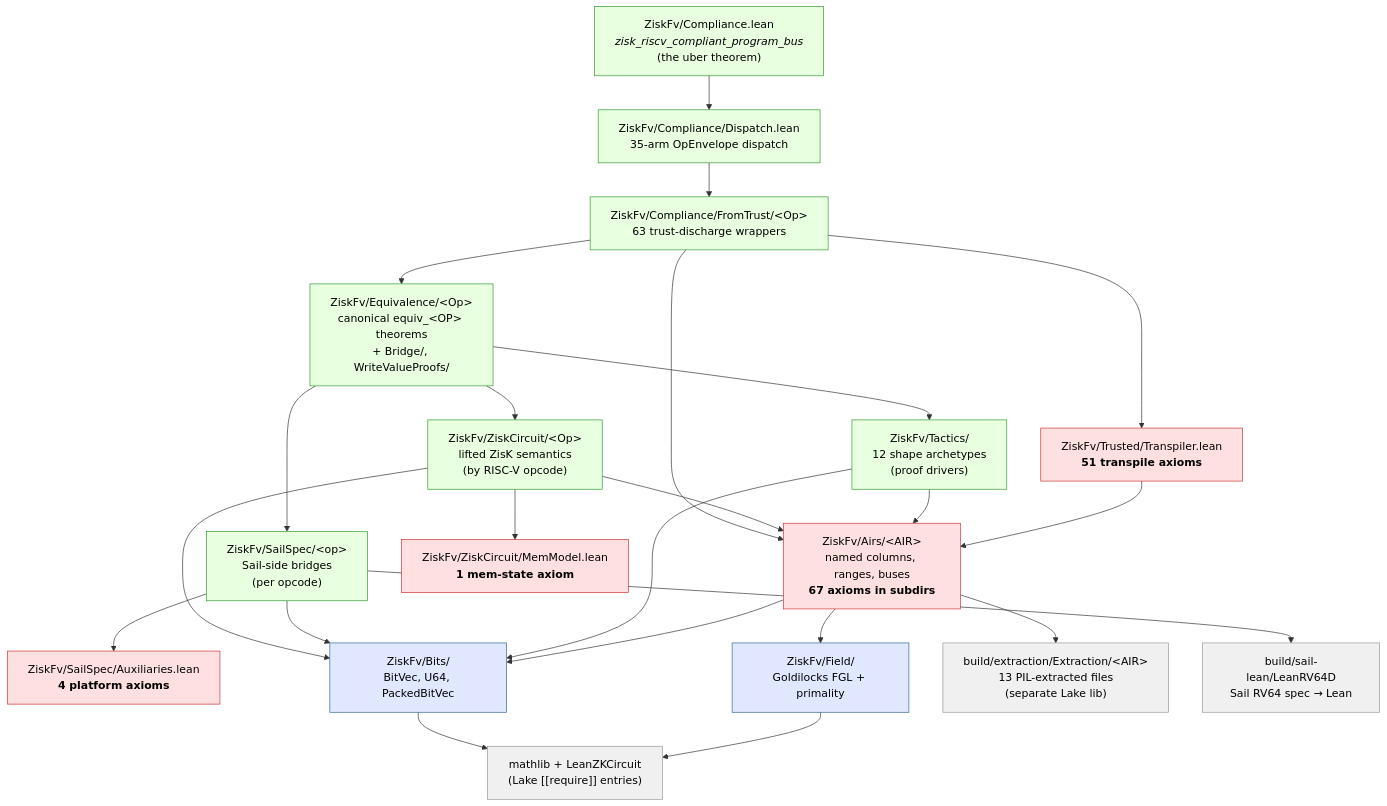
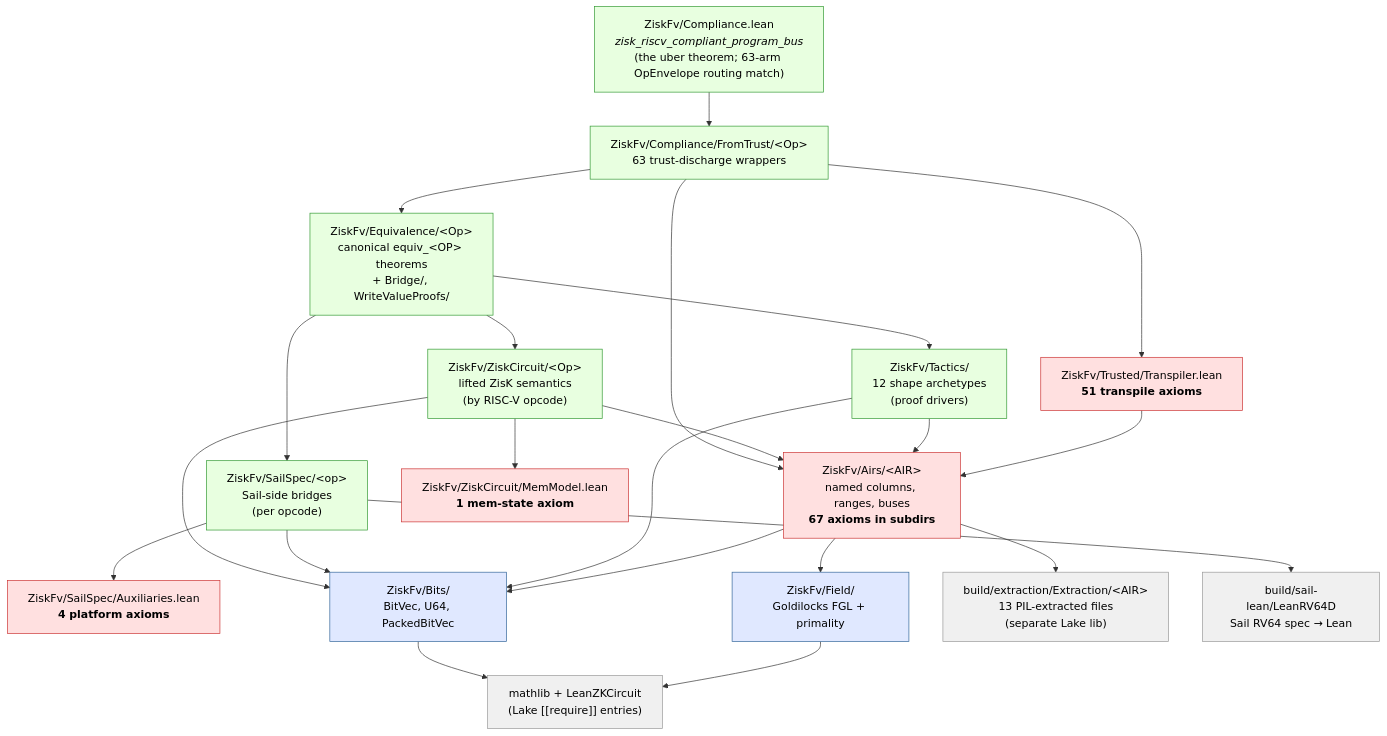
Before and after one commit to eth-act/zisk-fv: the diagram in README.md, drawn with Mermaid. The commit also changed other lines of this file and 5 other files, not shown here.

First line of the commit message:
refactor(Compliance): collapse dispatch_X pass-through layer (#33)

````diff
--- a/README.md
+++ b/README.md
@@ -141,51 +137,49 @@
 ```mermaid
 graph TD
-  Compliance["ZiskFv/Compliance.lean<br/><i>zisk_riscv_compliant_program_bus</i><br/>(the uber theorem)"]
-  Dispatch["ZiskFv/Compliance/Dispatch.lean<br/>35-arm OpEnvelope dispatch"]
+  Compliance["ZiskFv/Compliance.lean<br/><i>zisk_riscv_compliant_program_bus</i><br/>(the uber theorem; 63-arm OpEnvelope routing match)"]
   FromTrust["ZiskFv/Compliance/FromTrust/&lt;Op&gt;<br/>63 trust-discharge wrappers"]
   Equiv["ZiskFv/Equivalence/&lt;Op&gt;<br/>canonical equiv_&lt;OP&gt; theorems<br/>+ Bridge/, WriteValueProofs/"]
   ZiskCircuit["ZiskFv/ZiskCircuit/&lt;Op&gt;<br/>lifted ZisK semantics<br/>(by RISC-V opcode)"]
   SailSpec["ZiskFv/SailSpec/&lt;op&gt;<br/>Sail-side bridges<br/>(per opcode)"]
   Tactics["ZiskFv/Tactics/<br/>12 shape archetypes<br/>(proof drivers)"]
   Airs["ZiskFv/Airs/&lt;AIR&gt;<br/>named columns, ranges, buses<br/><b>67 axioms in subdirs</b>"]
   Trusted["ZiskFv/Trusted/Transpiler.lean<br/><b>51 transpile axioms</b>"]
   MemModel["ZiskFv/ZiskCircuit/MemModel.lean<br/><b>1 mem-state axiom</b>"]
   Auxiliaries["ZiskFv/SailSpec/Auxiliaries.lean<br/><b>4 platform axioms</b>"]
   Bits["ZiskFv/Bits/<br/>BitVec, U64, PackedBitVec"]
   Field["ZiskFv/Field/<br/>Goldilocks FGL + primality"]
   Extraction["build/extraction/Extraction/&lt;AIR&gt;<br/>13 PIL-extracted files<br/>(separate Lake lib)"]
   SailLean["build/sail-lean/LeanRV64D<br/>Sail RV64 spec → Lean"]
   Mathlib["mathlib + LeanZKCircuit<br/>(Lake [[require]] entries)"]
 
-  Compliance --> Dispatch
-  Dispatch --> FromTrust
+  Compliance --> FromTrust
   FromTrust --> Equiv
   FromTrust --> Trusted
   FromTrust --> Airs
   Equiv --> Tactics
   Equiv --> ZiskCircuit
   Equiv --> SailSpec
   ZiskCircuit --> Airs
   ZiskCircuit --> MemModel
   ZiskCircuit --> Bits
   SailSpec --> SailLean
   SailSpec --> Auxiliaries
   SailSpec --> Bits
   Tactics --> Airs
   Tactics --> Bits
   Airs --> Extraction
   Airs --> Field
   Airs --> Bits
   Trusted --> Airs
   Bits --> Mathlib
   Field --> Mathlib
 
   classDef trust fill:#ffe0e0,stroke:#c33,color:#000
   classDef build fill:#e0e8ff,stroke:#369,color:#000
   classDef proof fill:#e8ffe0,stroke:#393,color:#000
   classDef external fill:#f0f0f0,stroke:#999,color:#000
   class Trusted,MemModel,Auxiliaries,Airs trust
   class Extraction,SailLean,Mathlib external
-  class Compliance,Dispatch,FromTrust,Equiv,ZiskCircuit,SailSpec,Tactics proof
+  class Compliance,FromTrust,Equiv,ZiskCircuit,SailSpec,Tactics proof
   class Bits,Field build
 ```
````
